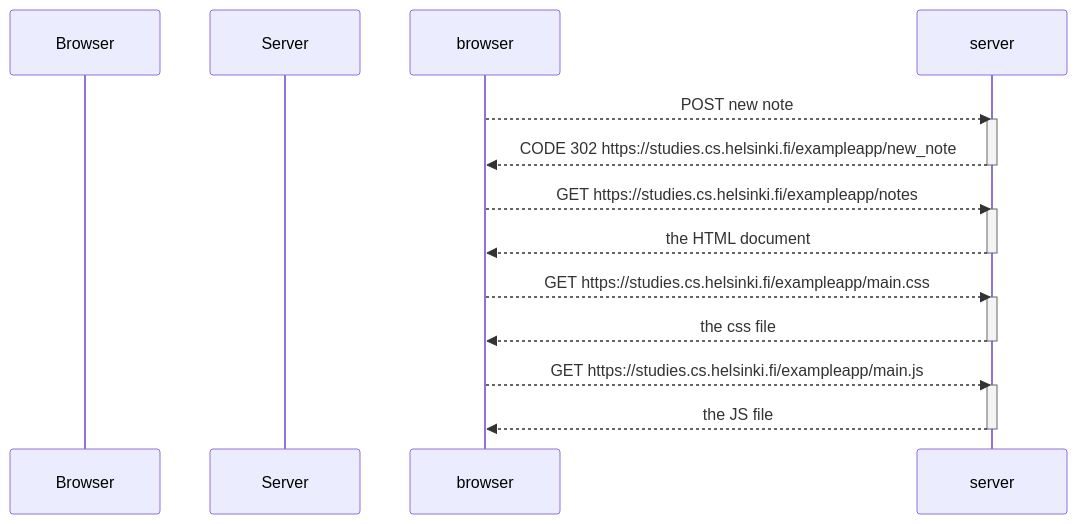
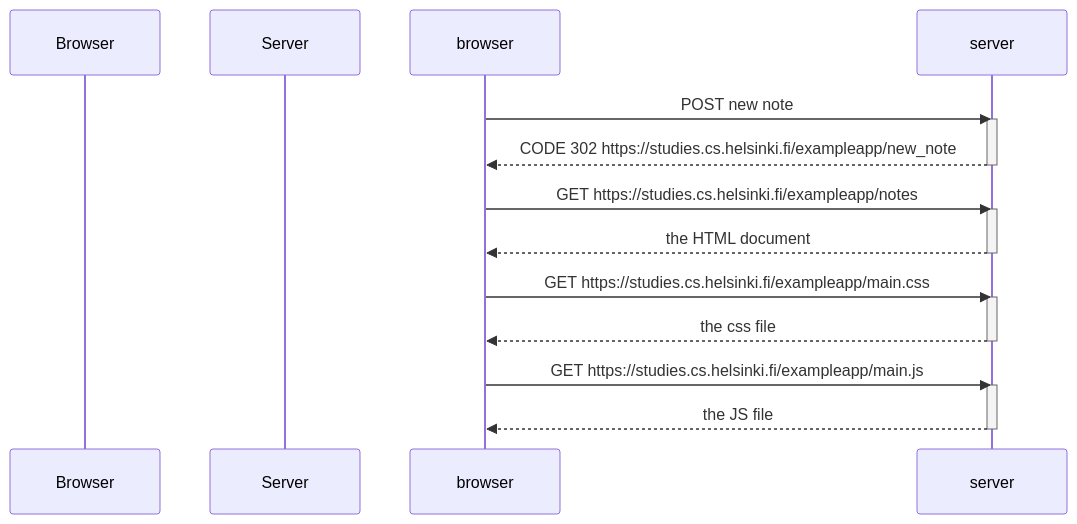
One commit to ricardosidavids/FullStackOpenSubmissions changed the diagram in part0/Exercise  0.4.md. Above: the diagram before and after it, drawn with Mermaid.

Commit message:
Update Exercise  0.4.md

`````diff
--- a/part0/Exercise  0.4.md
+++ b/part0/Exercise  0.4.md
@@ -1,27 +1,27 @@
 ````mermaid
 
 sequenceDiagram
 participant Browser
 participant Server
 
-browser -->>server : POST new note
+browser ->>server : POST new note
 activate server
 server -->>browser : CODE 302 https://studies.cs.helsinki.fi/exampleapp/new_note
 deactivate server
 
-browser -->> server: GET https://studies.cs.helsinki.fi/exampleapp/notes
+browser ->> server: GET https://studies.cs.helsinki.fi/exampleapp/notes
 activate server
 server -->> browser: the HTML document
 deactivate server
 
-browser -->> server: GET https://studies.cs.helsinki.fi/exampleapp/main.css
+browser ->> server: GET https://studies.cs.helsinki.fi/exampleapp/main.css
 activate server
 server -->> browser: the css file
 deactivate server
 
-browser -->>server : GET https://studies.cs.helsinki.fi/exampleapp/main.js
+browser ->>server : GET https://studies.cs.helsinki.fi/exampleapp/main.js
 activate server
 server -->>browser : the JS file
 deactivate server
 
 ````
`````
